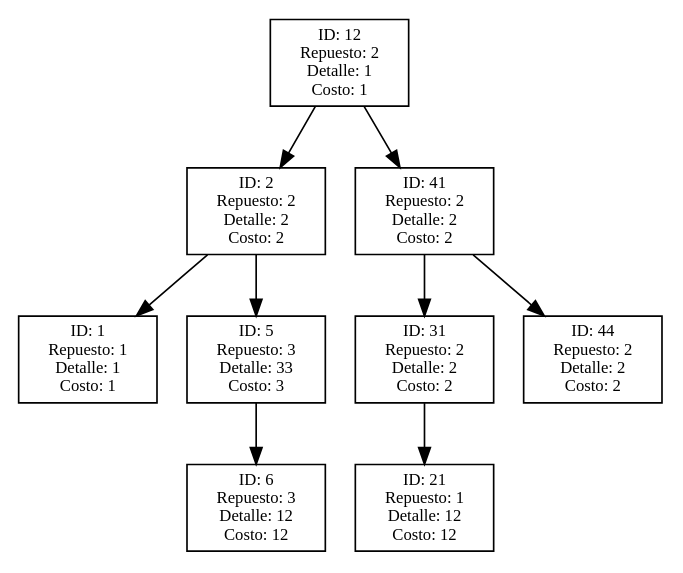
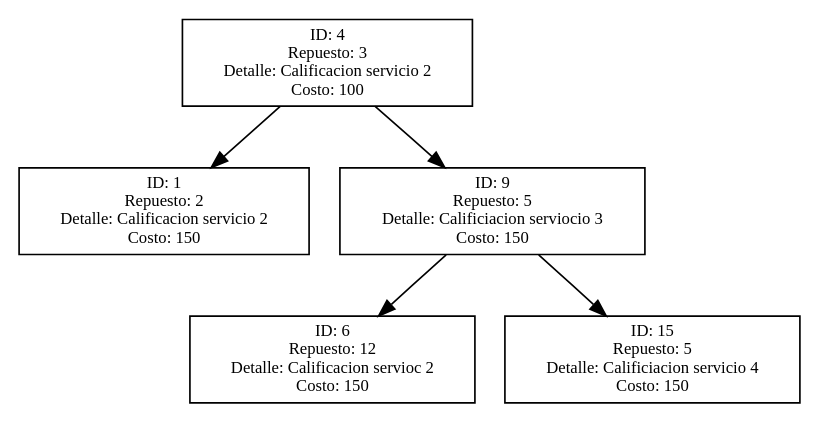
The diagram in Fase2/bin/Debug/net9.0/reportedot/AVL.dot (CarlosdelCidUSAC/EDD-1S2025_202300625), drawn with Graphviz before and after one commit. The commit also changed 22 other files, not shown here.

```diff
--- a/Fase2/bin/Debug/net9.0/reportedot/AVL.dot
+++ b/Fase2/bin/Debug/net9.0/reportedot/AVL.dot
@@ -1,11 +1,7 @@
 digraph G {
 node [shape=record, fontsize=10];
-"ID: 12 \n Repuesto: 2 \n Detalle: 1 \n Costo: 1" -> "ID: 2 \n Repuesto: 2 \n Detalle: 2 \n Costo: 2";
-"ID: 2 \n Repuesto: 2 \n Detalle: 2 \n Costo: 2" -> "ID: 1 \n Repuesto: 1 \n Detalle: 1 \n Costo: 1";
-"ID: 2 \n Repuesto: 2 \n Detalle: 2 \n Costo: 2" -> "ID: 5 \n Repuesto: 3 \n Detalle: 33 \n Costo: 3";
-"ID: 5 \n Repuesto: 3 \n Detalle: 33 \n Costo: 3" -> "ID: 6 \n Repuesto: 3 \n Detalle: 12 \n Costo: 12";
-"ID: 12 \n Repuesto: 2 \n Detalle: 1 \n Costo: 1" -> "ID: 41 \n Repuesto: 2 \n Detalle: 2 \n Costo: 2";
-"ID: 41 \n Repuesto: 2 \n Detalle: 2 \n Costo: 2" -> "ID: 31 \n Repuesto: 2 \n Detalle: 2 \n Costo: 2";
-"ID: 31 \n Repuesto: 2 \n Detalle: 2 \n Costo: 2" -> "ID: 21 \n Repuesto: 1 \n Detalle: 12 \n Costo: 12";
-"ID: 41 \n Repuesto: 2 \n Detalle: 2 \n Costo: 2" -> "ID: 44 \n Repuesto: 2 \n Detalle: 2 \n Costo: 2";
+"ID: 4 \n Repuesto: 3 \n Detalle: Calificacion servicio 2 \n Costo: 100" -> "ID: 1 \n Repuesto: 2 \n Detalle: Calificacion servicio 2 \n Costo: 150";
+"ID: 4 \n Repuesto: 3 \n Detalle: Calificacion servicio 2 \n Costo: 100" -> "ID: 9 \n Repuesto: 5 \n Detalle: Calificiacion serviocio 3 \n Costo: 150";
+"ID: 9 \n Repuesto: 5 \n Detalle: Calificiacion serviocio 3 \n Costo: 150" -> "ID: 6 \n Repuesto: 12 \n Detalle: Calificacion servioc 2 \n Costo: 150";
+"ID: 9 \n Repuesto: 5 \n Detalle: Calificiacion serviocio 3 \n Costo: 150" -> "ID: 15 \n Repuesto: 5 \n Detalle: Calificiacion servicio 4 \n Costo: 150";
 }
```
